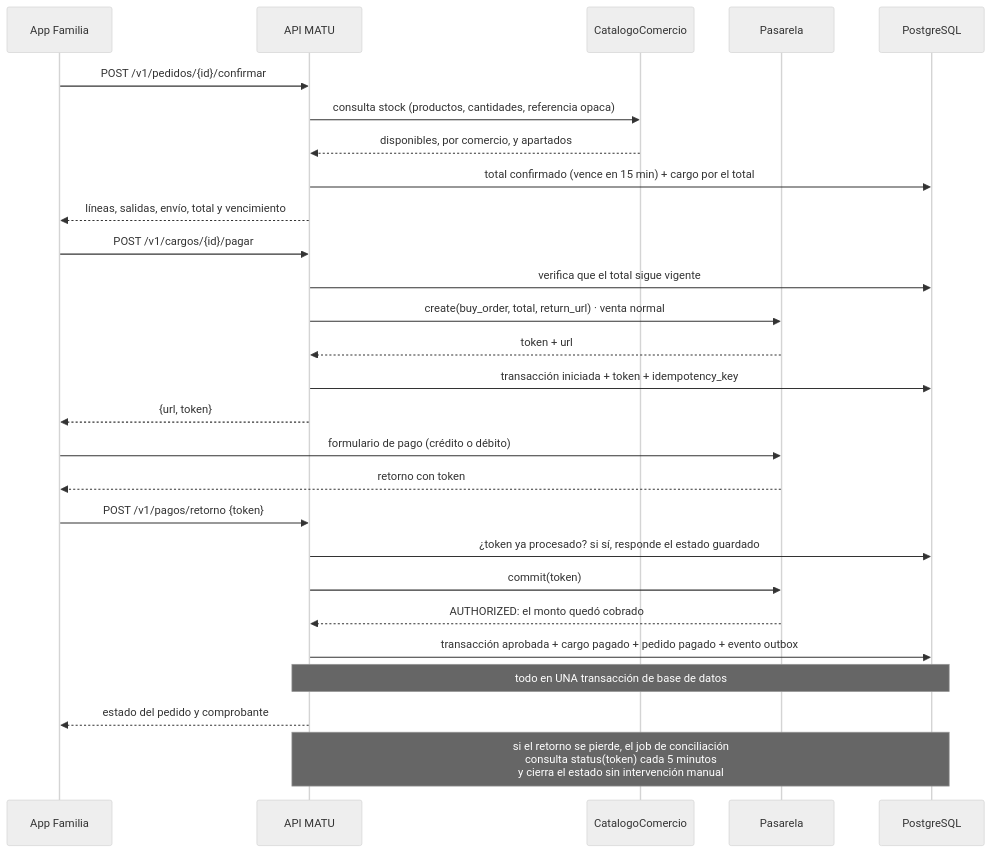
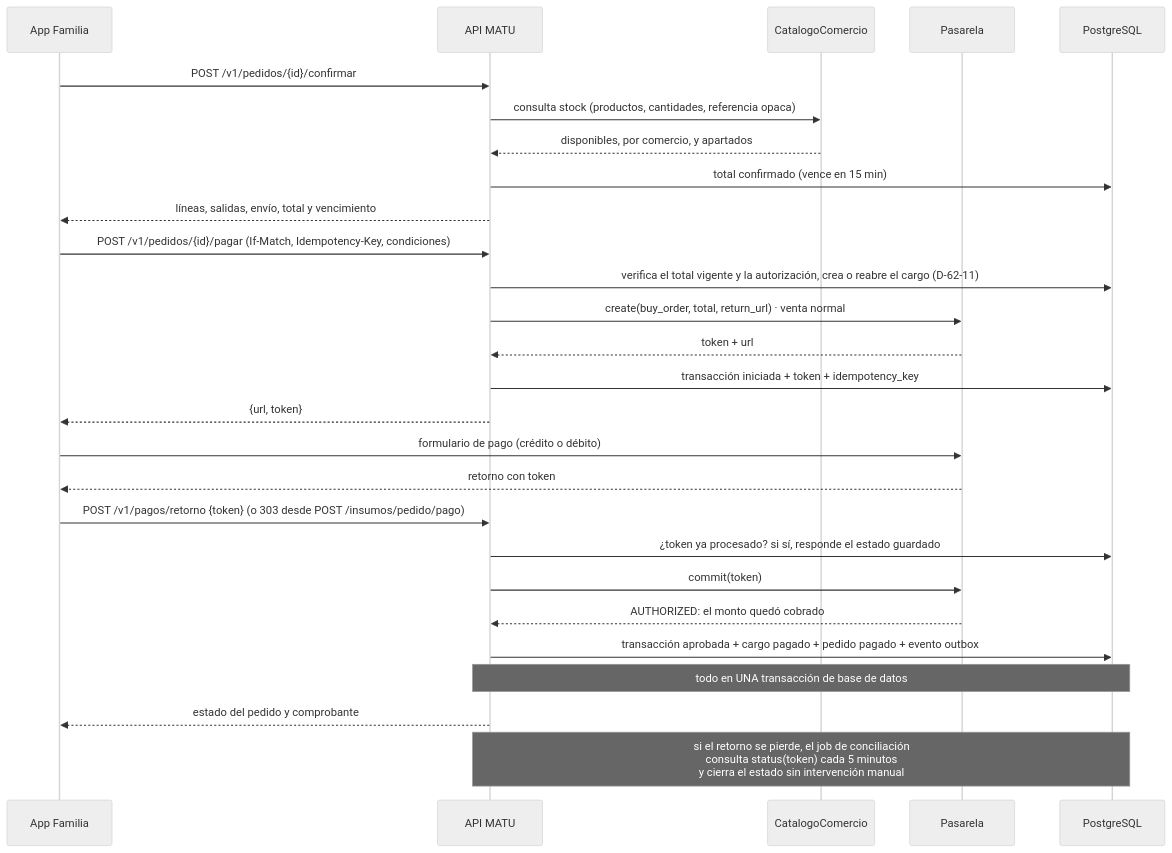
Before and after one commit to MartinHenriquez131/MATU: the seventh of 11 diagrams in docs/arquitectura.md, drawn with Mermaid (neutral theme). The commit also changed other lines of this file and 1 other file, not shown here.

Commit message:
MATU-62: arquitectura 8.1, 8.4, 9.4, 11.8 y 12.4 (manda la 8.1, vencido → pagado, el cargo al pagar, rutas del pago y conservación por dinero) y modelo de datos de la 0024

````diff
--- a/docs/arquitectura.md
+++ b/docs/arquitectura.md
@@ -920,30 +927,30 @@
 ```mermaid
 sequenceDiagram
     participant A as App Familia
     participant API as API MATU
     participant CC as CatalogoComercio
     participant TB as Pasarela
     participant DB as PostgreSQL
 
     A->>API: POST /v1/pedidos/{id}/confirmar
     API->>CC: consulta stock (productos, cantidades, referencia opaca)
     CC-->>API: disponibles, por comercio, y apartados
-    API->>DB: total confirmado (vence en 15 min) + cargo por el total
+    API->>DB: total confirmado (vence en 15 min)
     API-->>A: líneas, salidas, envío, total y vencimiento
-    A->>API: POST /v1/cargos/{id}/pagar
-    API->>DB: verifica que el total sigue vigente
+    A->>API: POST /v1/pedidos/{id}/pagar (If-Match, Idempotency-Key, condiciones)
+    API->>DB: verifica el total vigente y la autorización, crea o reabre el cargo (D-62-11)
     API->>TB: create(buy_order, total, return_url) · venta normal
     TB-->>API: token + url
     API->>DB: transacción iniciada + token + idempotency_key
     API-->>A: {url, token}
     A->>TB: formulario de pago (crédito o débito)
     TB-->>A: retorno con token
-    A->>API: POST /v1/pagos/retorno {token}
+    A->>API: POST /v1/pagos/retorno {token} (o 303 desde POST /insumos/pedido/pago)
     API->>DB: ¿token ya procesado? si sí, responde el estado guardado
     API->>TB: commit(token)
     TB-->>API: AUTHORIZED: el monto quedó cobrado
     API->>DB: transacción aprobada + cargo pagado + pedido pagado + evento outbox
     Note over API,DB: todo en UNA transacción de base de datos
     API-->>A: estado del pedido y comprobante
     Note over API,DB: si el retorno se pierde, el job de conciliación<br/>consulta status(token) cada 5 minutos<br/>y cierra el estado sin intervención manual
 ```
````
